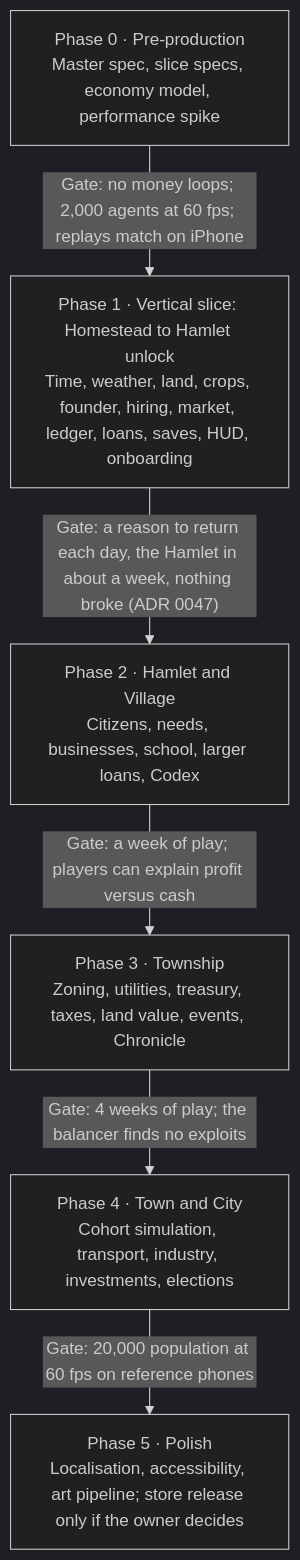
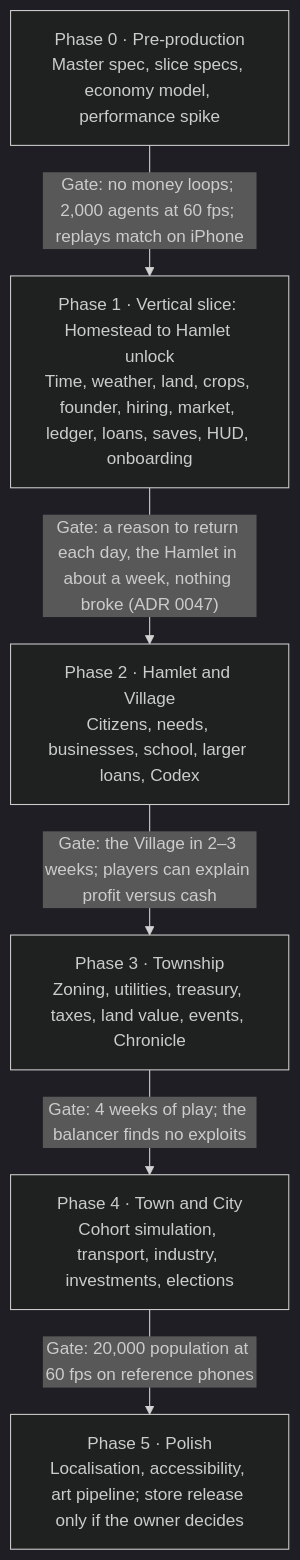
The second of 2 diagrams in docs/GDD.md (patel-keyur-18/farm-to-city), drawn with Mermaid (dark theme) before and after one commit. The commit also changed other lines of this file and 375 other files, not shown here.

````diff
--- a/docs/GDD.md
+++ b/docs/GDD.md
@@ -1111,15 +1114,15 @@
 ```mermaid
 flowchart TB
     P0["Phase 0 · Pre-production<br/>Master spec, slice specs, economy model, performance spike"]
     P1["Phase 1 · Vertical slice: Homestead to Hamlet unlock<br/>Time, weather, land, crops, founder, hiring, market, ledger, loans, saves, HUD, onboarding"]
     P2["Phase 2 · Hamlet and Village<br/>Citizens, needs, businesses, school, larger loans, Codex"]
     P3["Phase 3 · Township<br/>Zoning, utilities, treasury, taxes, land value, events, Chronicle"]
     P4["Phase 4 · Town and City<br/>Cohort simulation, transport, industry, investments, elections"]
     P5["Phase 5 · Polish<br/>Localisation, accessibility, art pipeline; store release only if the owner decides"]
 
     P0 -->|"Gate: no money loops; 2,000 agents at 60 fps; replays match on iPhone"| P1
     P1 -->|"Gate: a reason to return each day, the Hamlet in about a week, nothing broke (ADR 0047)"| P2
-    P2 -->|"Gate: a week of play; players can explain profit versus cash"| P3
+    P2 -->|"Gate: the Village in 2–3 weeks; players can explain profit versus cash"| P3
     P3 -->|"Gate: 4 weeks of play; the balancer finds no exploits"| P4
     P4 -->|"Gate: 20,000 population at 60 fps on reference phones"| P5
 ```
````
